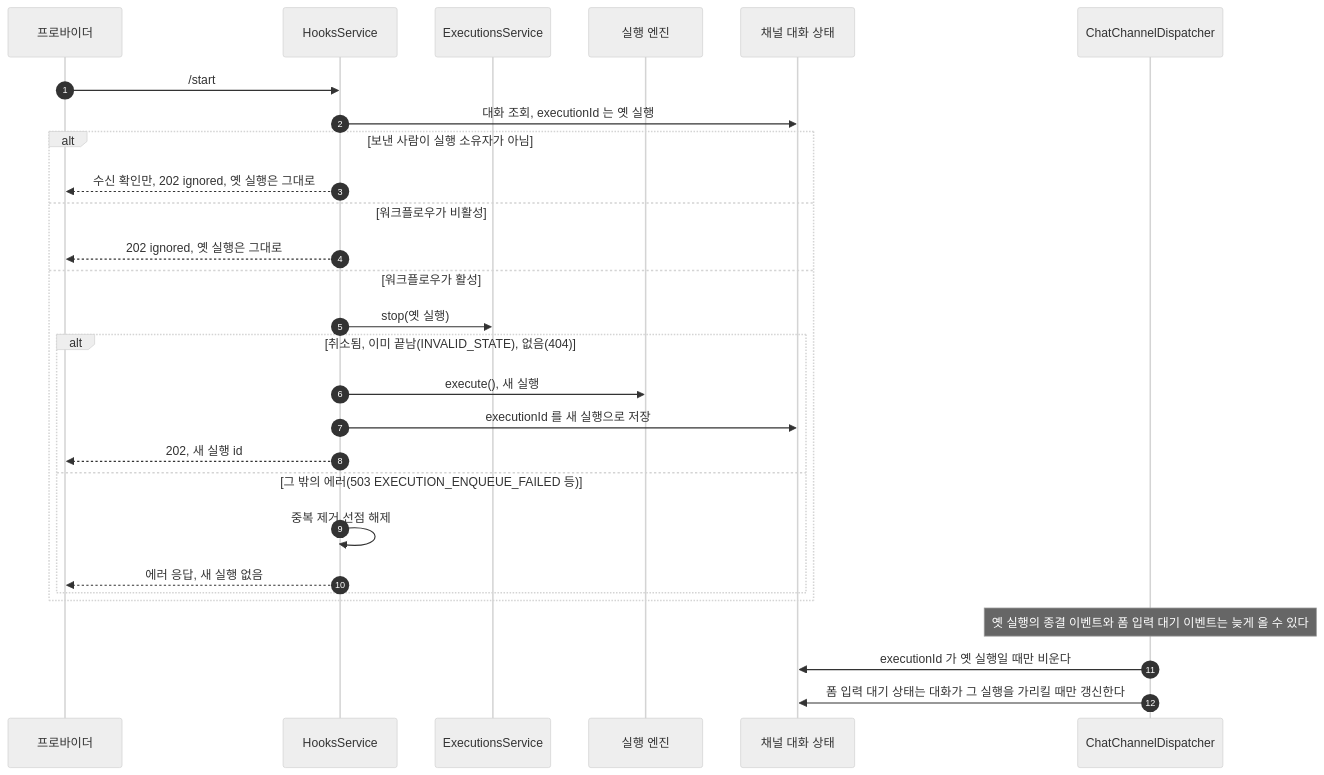
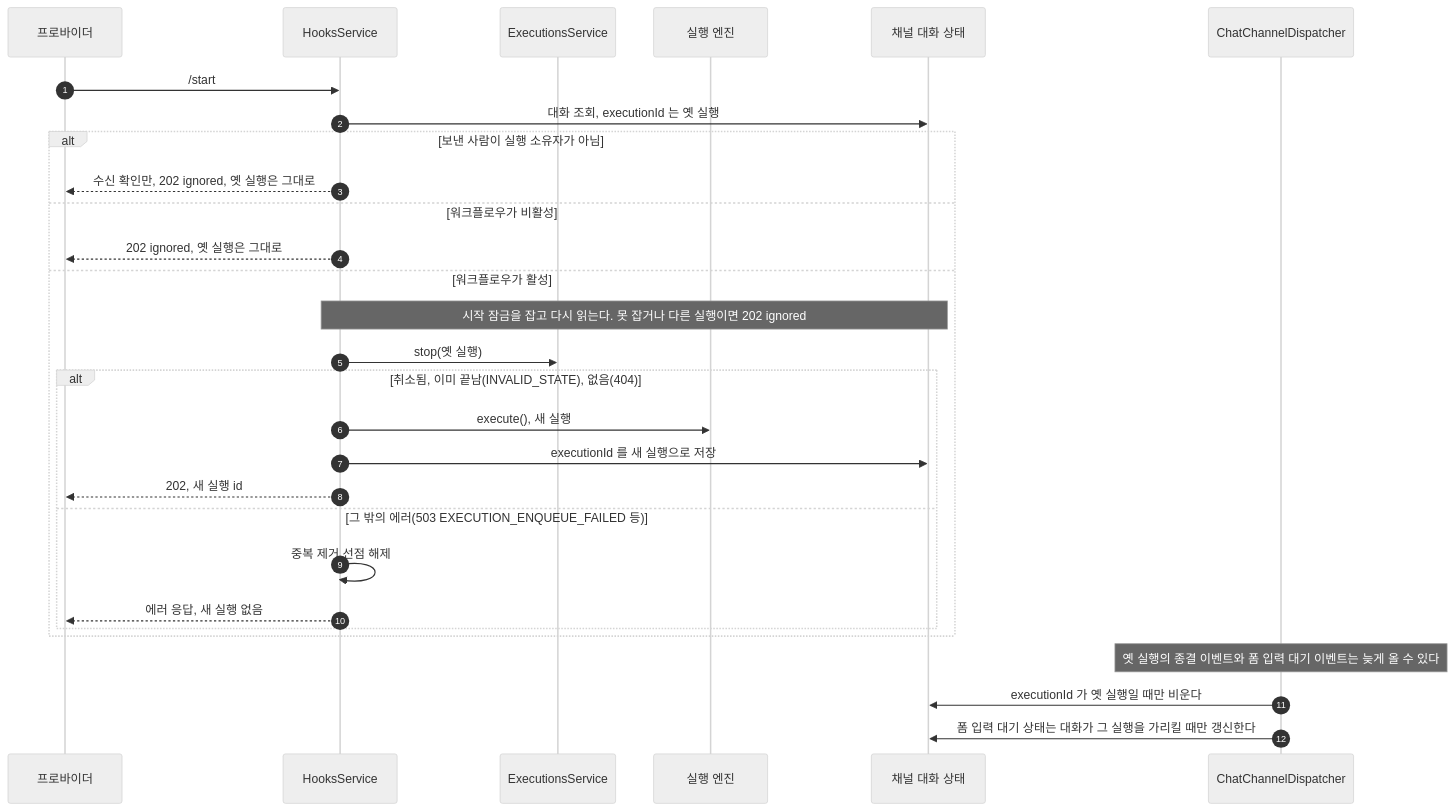
One commit to worker-ants/clemvion changed the second of 2 diagrams in spec/CLE-CHAT/CLE-CHAT-CORE-FLOW.md. Above: the diagram before and after it, drawn with Mermaid (neutral theme). The commit also changed other lines of this file and 3 other files, not shown here.

````diff
--- a/spec/CLE-CHAT/CLE-CHAT-CORE-FLOW.md
+++ b/spec/CLE-CHAT/CLE-CHAT-CORE-FLOW.md
@@ -85,30 +87,31 @@
 ```mermaid
 sequenceDiagram
   autonumber
   participant P as 프로바이더
   participant H as HooksService
   participant X as ExecutionsService
   participant E as 실행 엔진
   participant C as 채널 대화 상태
   participant D as ChatChannelDispatcher
   P->>H: /start
   H->>C: 대화 조회, executionId 는 옛 실행
   alt 보낸 사람이 실행 소유자가 아님
     H-->>P: 수신 확인만, 202 ignored, 옛 실행은 그대로
   else 워크플로우가 비활성
     H-->>P: 202 ignored, 옛 실행은 그대로
   else 워크플로우가 활성
+    Note over H,C: 시작 잠금을 잡고 다시 읽는다. 못 잡거나 다른 실행이면 202 ignored
     H->>X: stop(옛 실행)
     alt 취소됨, 이미 끝남(INVALID_STATE), 없음(404)
       H->>E: execute(), 새 실행
       H->>C: executionId 를 새 실행으로 저장
       H-->>P: 202, 새 실행 id
     else 그 밖의 에러(503 EXECUTION_ENQUEUE_FAILED 등)
       H->>H: 중복 제거 선점 해제
       H-->>P: 에러 응답, 새 실행 없음
     end
   end
   Note over D: 옛 실행의 종결 이벤트와 폼 입력 대기 이벤트는 늦게 올 수 있다
   D->>C: executionId 가 옛 실행일 때만 비운다
   D->>C: 폼 입력 대기 상태는 대화가 그 실행을 가리킬 때만 갱신한다
 ```
````
